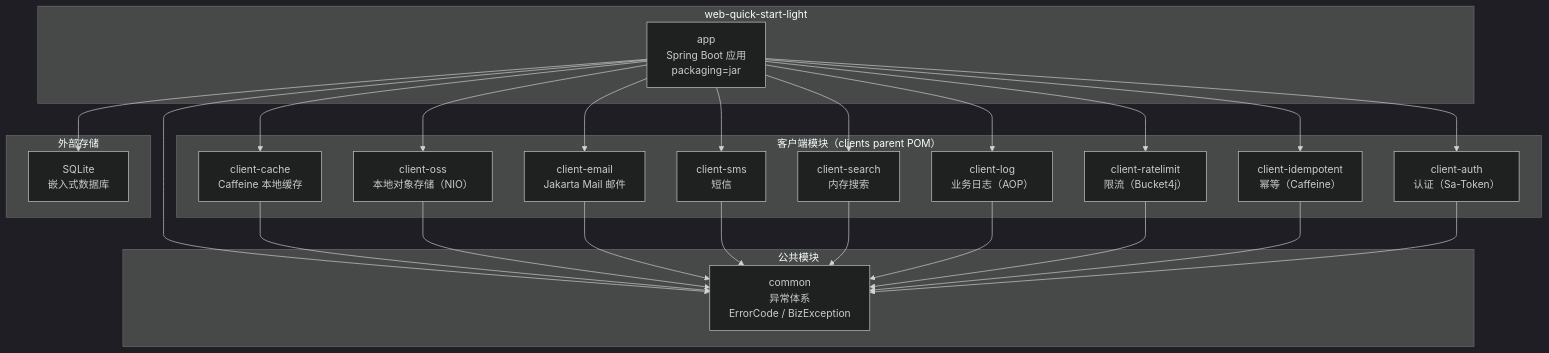
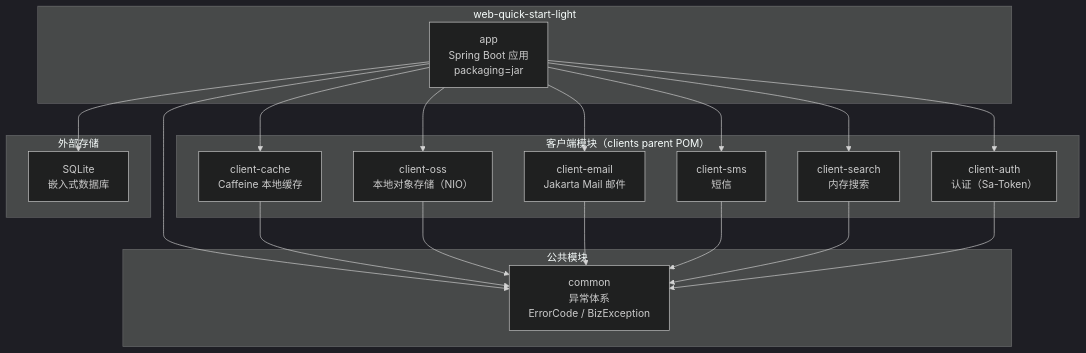
Before and after one commit to LeoNardo-LB/web-quick-start-light: the diagram in docs/architecture/system-overview.md, drawn with Mermaid (dark theme). The commit also changed other lines of this file and 26 other files, not shown here.

````diff
--- a/docs/architecture/system-overview.md
+++ b/docs/architecture/system-overview.md
@@ -21,48 +21,39 @@
 ```mermaid
 graph TD
     subgraph "web-quick-start-light"
         APP["app<br/>Spring Boot 应用<br/>packaging=jar"]
     end
 
     subgraph "公共模块"
         COMMON["common<br/>异常体系<br/>ErrorCode / BizException"]
     end
 
     subgraph "客户端模块（clients parent POM）"
         CACHE["client-cache<br/>Caffeine 本地缓存"]
         OSS["client-oss<br/>本地对象存储（NIO）"]
         EMAIL["client-email<br/>Jakarta Mail 邮件"]
         SMS["client-sms<br/>短信"]
         SEARCH["client-search<br/>内存搜索"]
-        LOG["client-log<br/>业务日志（AOP）"]
-        RATE["client-ratelimit<br/>限流（Bucket4j）"]
-        IDEM["client-idempotent<br/>幂等（Caffeine）"]
         AUTH["client-auth<br/>认证（Sa-Token）"]
     end
 
     subgraph "外部存储"
         SQLITE["SQLite<br/>嵌入式数据库"]
     end
 
     APP --> COMMON
     APP --> CACHE
     APP --> OSS
     APP --> EMAIL
     APP --> SMS
     APP --> SEARCH
-    APP --> LOG
-    APP --> RATE
-    APP --> IDEM
     APP --> AUTH
     APP --> SQLITE
 
     CACHE --> COMMON
     OSS --> COMMON
     EMAIL --> COMMON
     SMS --> COMMON
     SEARCH --> COMMON
-    LOG --> COMMON
-    RATE --> COMMON
-    IDEM --> COMMON
     AUTH --> COMMON
 ```
````
